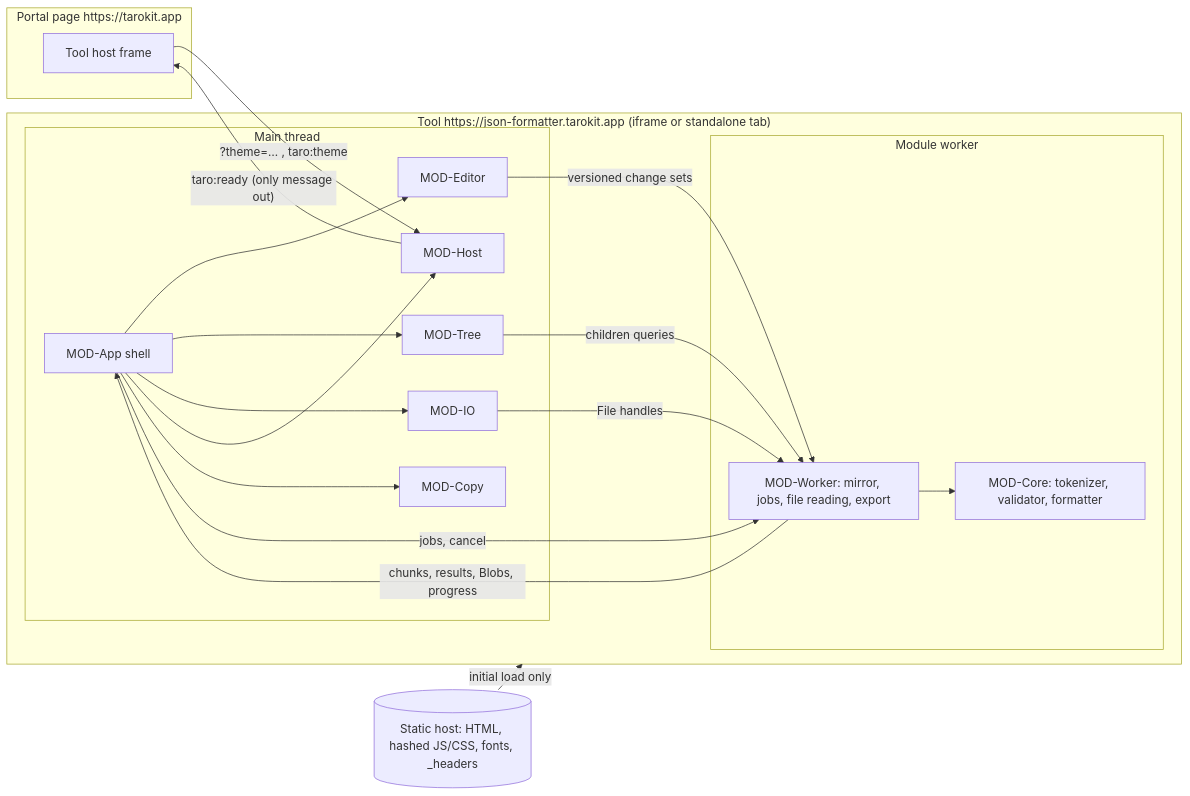
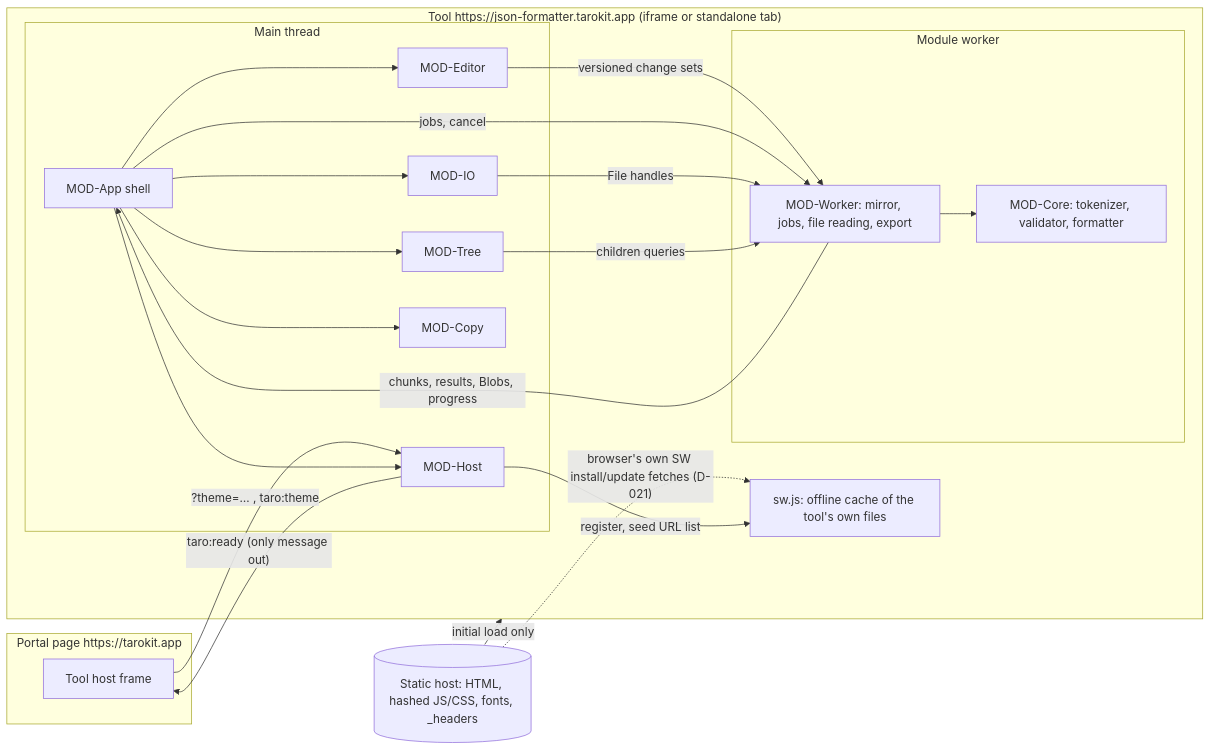
One commit to thanh-taro/json-formatter changed the first of 3 diagrams in specs/40-technical/architecture.md. Above: the diagram before and after it, drawn with Mermaid. The commit also changed other lines of this file and 17 other files, not shown here.

Commit message:
Architecture: ADR amendments from formatter/editor/iframe spikes

````diff
--- a/specs/40-technical/architecture.md
+++ b/specs/40-technical/architecture.md
@@ -37,31 +40,34 @@
 ```mermaid
 flowchart LR
   subgraph Portal["Portal page https://tarokit.app"]
     TH[Tool host frame]
   end
   subgraph Tool["Tool https://json-formatter.tarokit.app (iframe or standalone tab)"]
     subgraph Main["Main thread"]
       APP[MOD-App shell]
       ED[MOD-Editor]
       TR[MOD-Tree]
       HO[MOD-Host]
       IO[MOD-IO]
       CP[MOD-Copy]
     end
+    SW[sw.js: offline cache of the tool's own files]
     subgraph W["Module worker"]
       WK[MOD-Worker: mirror, jobs, file reading, export]
       CO[MOD-Core: tokenizer, validator, formatter]
     end
   end
   CDN[(Static host: HTML, hashed JS/CSS, fonts, _headers)]
   TH -- "?theme=… , taro:theme" --> HO
   HO -- "taro:ready (only message out)" --> TH
   CDN -- "initial load only" --> Tool
+  CDN -. "browser's own SW install/update fetches (D-021)" .-> SW
+  HO -- "register, seed URL list" --> SW
   APP --> ED & TR & IO & HO & CP
   ED -- "versioned change sets" --> WK
   APP -- "jobs, cancel" --> WK
   IO -- "File handles" --> WK
   WK -- "chunks, results, Blobs, progress" --> APP
   WK --> CO
   TR -- "children queries" --> WK
 ```
````
